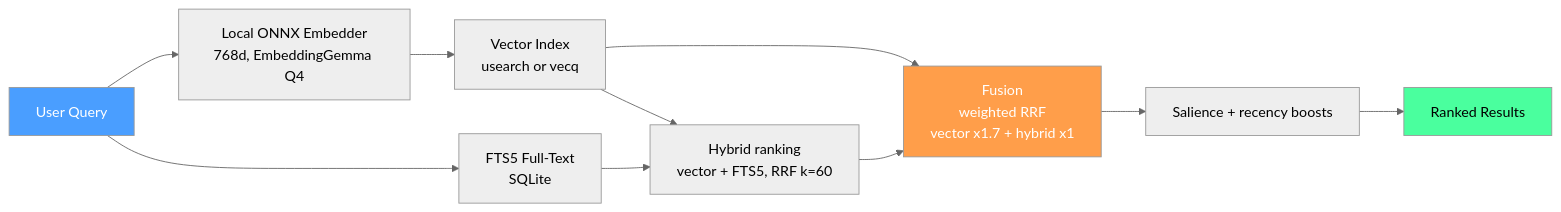
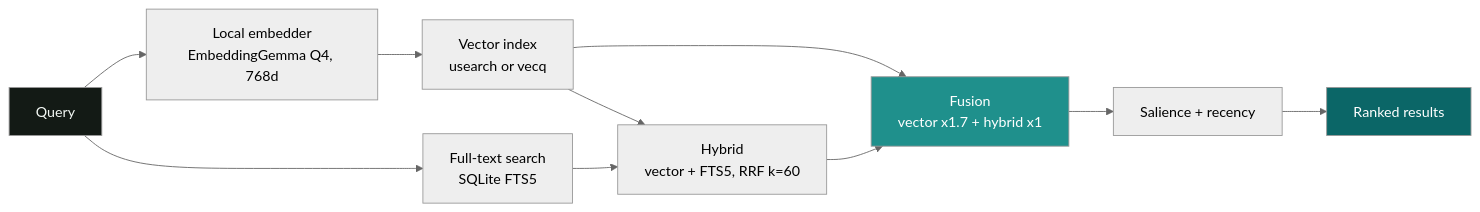
The diagram in README.md (codecoradev/uteke), drawn with Mermaid (neutral theme) before and after one commit. The commit also changed other lines of this file and 6 other files, not shown here.

````diff
--- a/README.md
+++ b/README.md
@@ -233,16 +270,16 @@
 ```mermaid
 graph LR
-    Input[User Query] --> Embed[Local ONNX Embedder<br/>768d, EmbeddingGemma Q4]
-    Input --> FTS5[FTS5 Full-Text<br/>SQLite]
-    Embed --> Vec[Vector Index<br/>usearch or vecq]
-    Vec --> Hybrid[Hybrid ranking<br/>vector + FTS5, RRF k=60]
+    Input[Query] --> Embed[Local embedder<br/>EmbeddingGemma Q4, 768d]
+    Input --> FTS5[Full-text search<br/>SQLite FTS5]
+    Embed --> Vec[Vector index<br/>usearch or vecq]
+    Vec --> Hybrid[Hybrid<br/>vector + FTS5, RRF k=60]
     FTS5 --> Hybrid
-    Vec --> Fusion[Fusion<br/>weighted RRF<br/>vector x1.7 + hybrid x1]
+    Vec --> Fusion[Fusion<br/>vector x1.7 + hybrid x1]
     Hybrid --> Fusion
-    Fusion --> Boost[Salience + recency boosts]
-    Boost --> Results[Ranked Results]
+    Fusion --> Boost[Salience + recency]
+    Boost --> Results[Ranked results]
 
-    style Input fill:#4a9eff,color:#fff
-    style Results fill:#4aff9e,color:#000
-    style Fusion fill:#ff9e4a,color:#fff
+    style Input fill:#131A15,color:#F3F8F4
+    style Fusion fill:#1F908C,color:#fff
+    style Results fill:#0B6667,color:#fff
 ```
````
